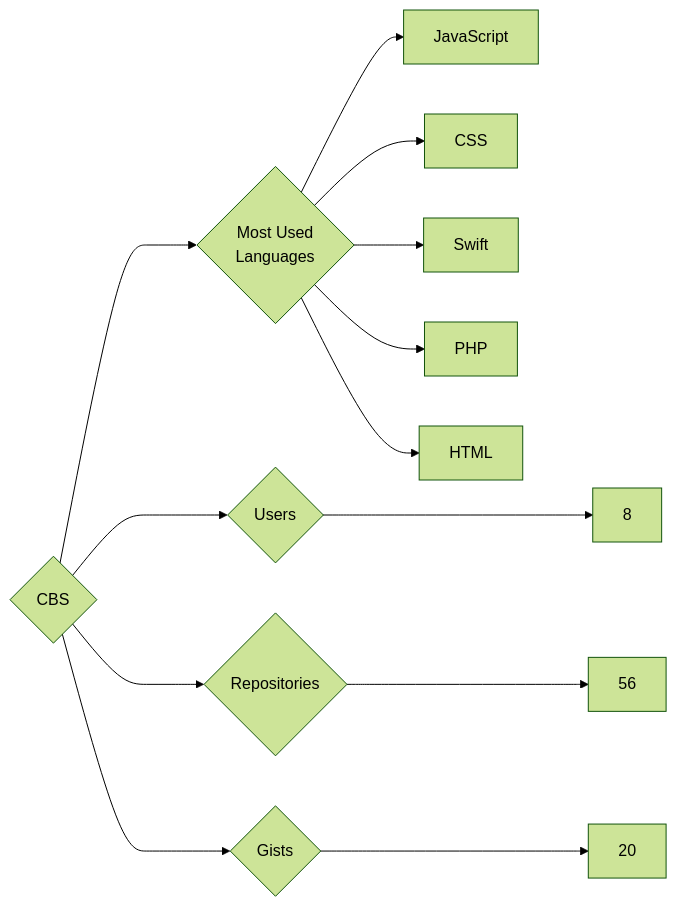
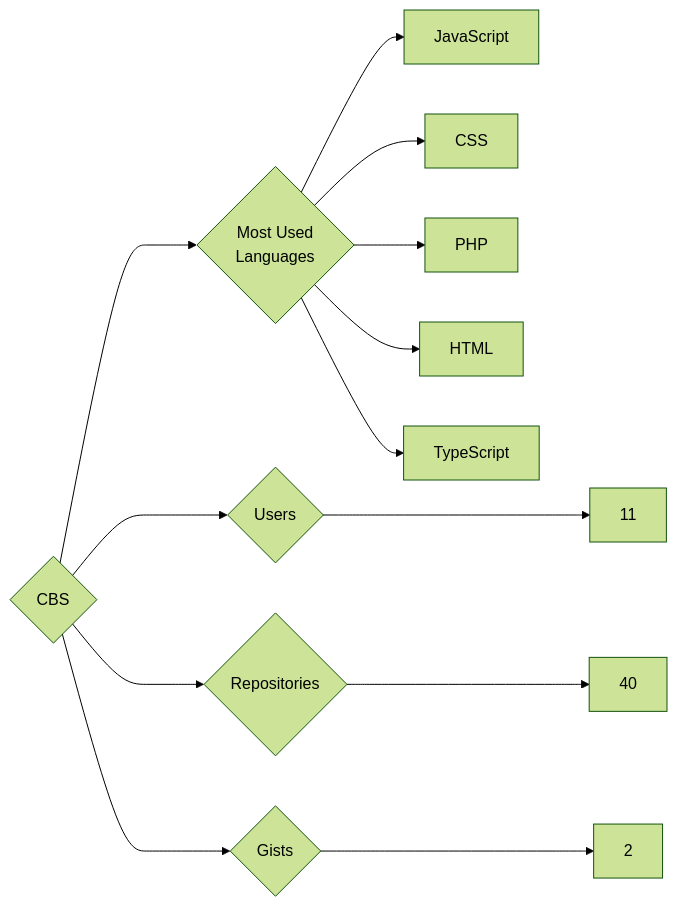
The diagram in targets/CBS/README.md (trickest/insiders), drawn with Mermaid (forest theme) before and after one commit. The commit also changed 594 other files, not shown here.

````diff
--- a/targets/CBS/README.md
+++ b/targets/CBS/README.md
@@ -3,13 +3,13 @@
 ```mermaid
 graph LR
 COMPANY_NAME{CBS}
-COMPANY_NAME ---> U{Users} ---> UN[8]
-COMPANY_NAME ---> R{Repositories} ---> RN[56]
-COMPANY_NAME ---> G{Gists} ---> GN[20]
+COMPANY_NAME ---> U{Users} ---> UN[11]
+COMPANY_NAME ---> R{Repositories} ---> RN[40]
+COMPANY_NAME ---> G{Gists} ---> GN[2]
 COMPANY_NAME ---> ML{Most Used<br>Languages}
 ML --> JavaScript[JavaScript]
 ML --> CSS[CSS]
-ML --> Swift[Swift]
 ML --> PHP[PHP]
 ML --> HTML[HTML]
+ML --> TypeScript[TypeScript]
 ```
````
